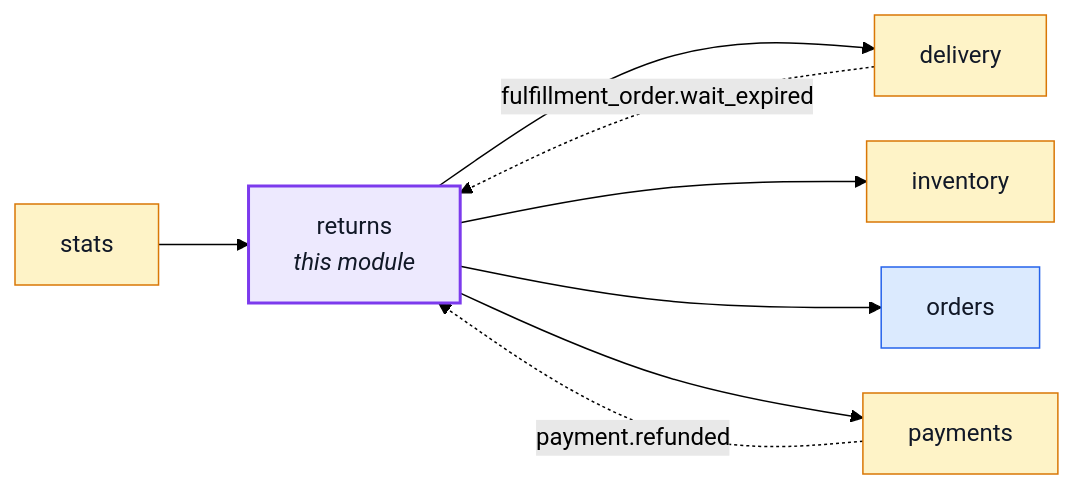
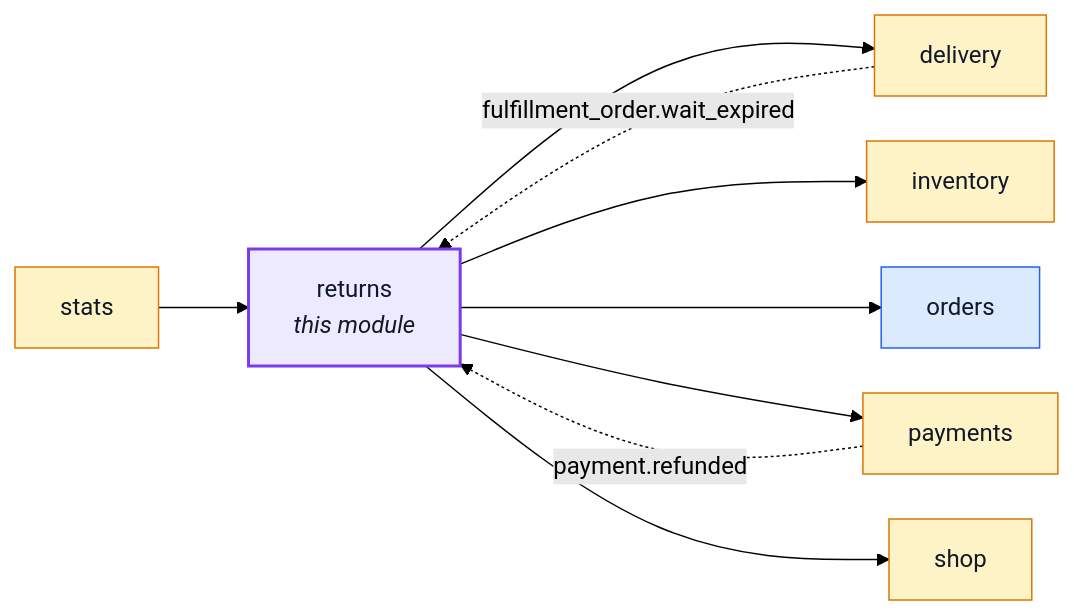
Before and after one commit to Guebbit/boilerplate-node-backend: the first of 5 diagrams in docs/modules/returns.md, drawn with Mermaid (forest theme). The commit also changed 70 other files, not shown here.

````diff
--- a/docs/modules/returns.md
+++ b/docs/modules/returns.md
@@ -22,26 +22,28 @@
 ```mermaid
 %%{init: {'flowchart': {'nodeSpacing': 30, 'rankSpacing': 60}}}%%
 flowchart LR
     returns["returns<br/><i>this module</i>"]
     delivery["delivery"]
     inventory["inventory"]
     orders["orders"]
     payments["payments"]
+    shop["shop"]
     stats["stats"]
 
     stats --> returns
     returns --> delivery
     returns --> inventory
     returns --> orders
     returns --> payments
+    returns --> shop
     delivery -. "fulfillment_order.wait_expired" .-> returns
     payments -. "payment.refunded" .-> returns
 
     classDef core fill:#dbeafe,stroke:#2563eb,color:#111827;
     classDef supporting fill:#fef3c7,stroke:#d97706,color:#111827;
     classDef generic fill:#dcfce7,stroke:#16a34a,color:#111827;
     classDef centre fill:#ede9fe,stroke:#7c3aed,stroke-width:2px,color:#111827;
     class orders core;
-    class delivery,inventory,payments,stats supporting;
+    class delivery,inventory,payments,shop,stats supporting;
     class returns centre;
 ```
````
